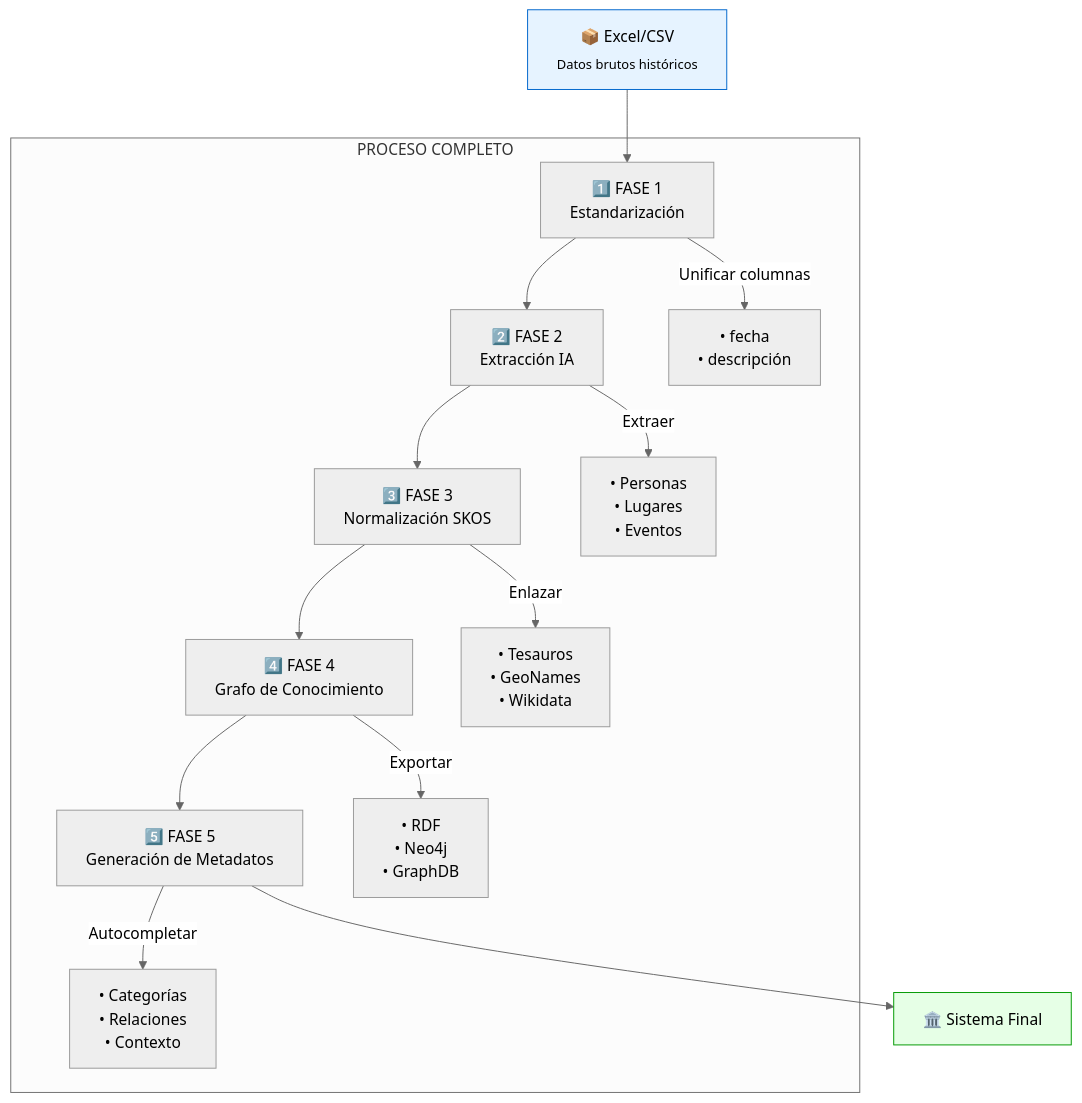
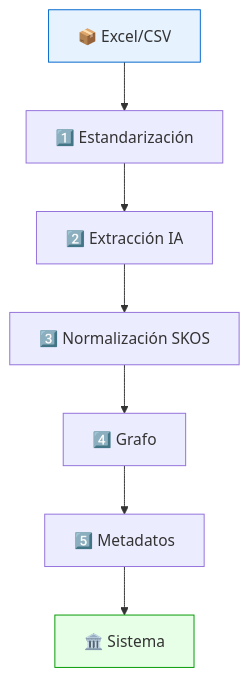
The diagram in README.md (javiervzpucp/metadatos-archivo), drawn with Mermaid before and after one commit. The commit also changed other lines of this file, not shown here.

````diff
--- a/README.md
+++ b/README.md
@@ -260,21 +261,12 @@
 ```mermaid
-%%{init: {'theme': 'neutral', 'fontFamily': 'Arial', 'gantt': {'barHeight': 20}}}%%
 flowchart TD
-    A[📦 Excel/CSV<br><sub>Datos brutos históricos</sub>] --> B[1️⃣ FASE 1<br>Estandarización]
-    B --> C[2️⃣ FASE 2<br>Extracción IA]
-    C --> D[3️⃣ FASE 3<br>Normalización SKOS]
-    D --> E[4️⃣ FASE 4<br>Grafo de Conocimiento]
-    E --> F[5️⃣ FASE 5<br>Generación de Metadatos]
-    F --> G[🏛️ Sistema Final]
-
-    subgraph "PROCESO COMPLETO"
-    B -->|Unificar columnas| B1["• fecha<br>• descripción"]
-    C -->|Extraer| C1["• Personas<br>• Lugares<br>• Eventos"]
-    D -->|Enlazar| D1["• Tesauros<br>• GeoNames<br>• Wikidata"]
-    E -->|Exportar| E1["• RDF<br>• Neo4j<br>• GraphDB"]
-    F -->|Autocompletar| F1["• Categorías<br>• Relaciones<br>• Contexto"]
-    end
+    A[📦 Excel/CSV] --> B[1️⃣ Estandarización]
+    B --> C[2️⃣ Extracción IA]
+    C --> D[3️⃣ Normalización SKOS]
+    D --> E[4️⃣ Grafo]
+    E --> F[5️⃣ Metadatos]
+    F --> G[🏛️ Sistema]
 
     style A fill:#e6f3ff,stroke:#0066cc
     style G fill:#e6ffe6,stroke:#009900
 ```
````
